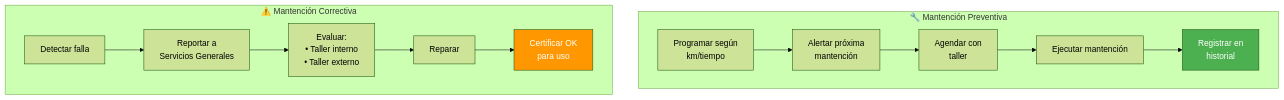
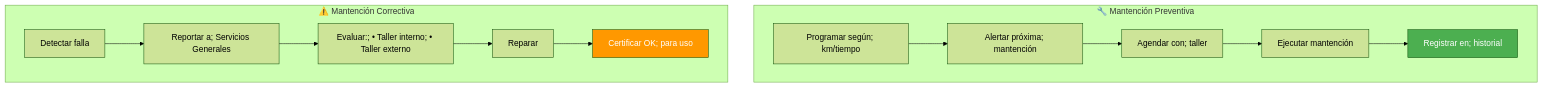
The sixth of 7 diagrams in drafts/gn/bpmn/bpmn-d06-flota-vehicular.md (felix-antonio-sl/kora), drawn with Mermaid (forest theme) before and after one commit. The commit also changed other lines of this file and 265 other files, not shown here.

````diff
--- a/drafts/gn/bpmn/bpmn-d06-flota-vehicular.md
+++ b/drafts/gn/bpmn/bpmn-d06-flota-vehicular.md
@@ -150,21 +163,24 @@
 ```mermaid
 flowchart TD
-    subgraph PREVENTIVA["🔧 Mantención Preventiva"]
-        A["Programar según<br/>km/tiempo"]
-        B["Alertar próxima<br/>mantención"]
-        C["Agendar con<br/>taller"]
-        D["Ejecutar mantención"]
-        E["Registrar en<br/>historial"]
-    end
-    subgraph CORRECTIVA["⚠️ Mantención Correctiva"]
-        F["Detectar falla"]
-        G["Reportar a<br/>Servicios Generales"]
-        H["Evaluar:<br/>• Taller interno<br/>• Taller externo"]
-        I["Reparar"]
-        J["Certificar OK<br/>para uso"]
-    end
-    A --> B --> C --> D --> E
-    F --> G --> H --> I --> J
-    style E fill:#4CAF50,color:#fff
-    style J fill:#FF9800,color:#fff
+ subgraph PREVENTIVA["🔧 Mantención Preventiva"]
+ A["Programar según; km/tiempo"]
+ B["Alertar próxima; mantención"]
+ C["Agendar con; taller"]
+ D["Ejecutar mantención"]
+ E["Registrar en; historial"]
+ end
+
+ subgraph CORRECTIVA["⚠️ Mantención Correctiva"]
+ F["Detectar falla"]
+ G["Reportar a; Servicios Generales"]
+ H["Evaluar:; • Taller interno; • Taller externo"]
+ I["Reparar"]
+ J["Certificar OK; para uso"]
+ end
+
+ A --> B --> C --> D --> E
+ F --> G --> H --> I --> J
+
+ style E fill:#4CAF50,color:#fff
+ style J fill:#FF9800,color:#fff
 ```
````
